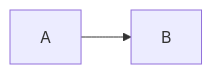
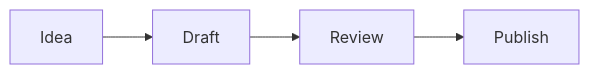
One commit to yuyuyu0706/markdown-editor changed the diagram in README.md. Above: the diagram before and after it, drawn with Mermaid. The commit also changed other lines of this file, not shown here.

````diff
--- a/README.md
+++ b/README.md
@@ -80,4 +65,4 @@
 ```mermaid
 flowchart LR
-  A --> B
+  Idea --> Draft --> Review --> Publish
 ```
````
